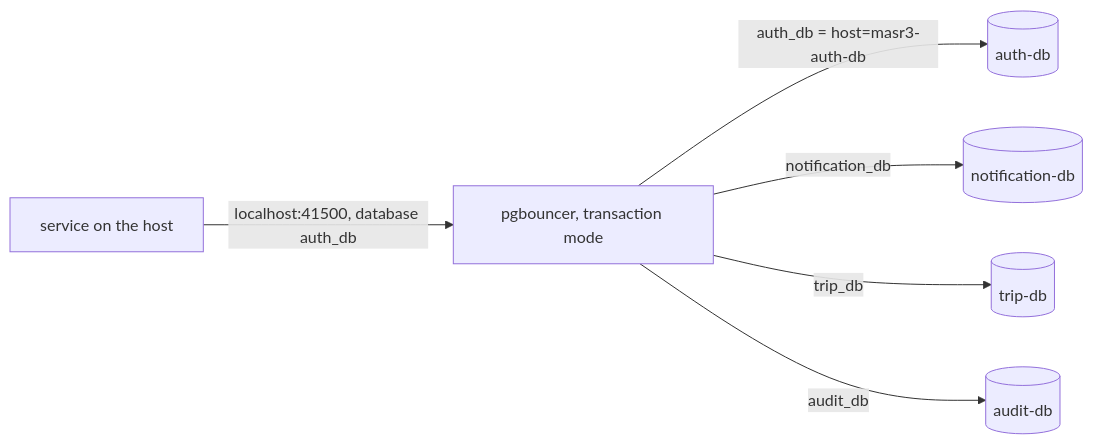
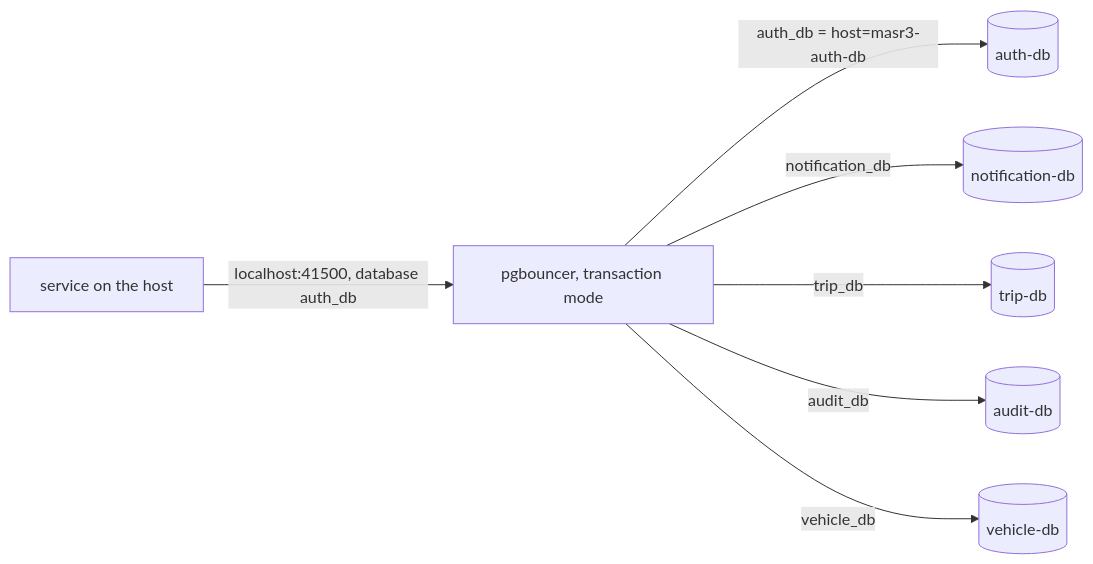
One commit to Mohammed-Taysser/masr3 changed the second of 3 diagrams in docs/infrastructure.md. Above: the diagram before and after it, drawn with Mermaid. The commit also changed other lines of this file and 79 other files, not shown here.

````diff
--- a/docs/infrastructure.md
+++ b/docs/infrastructure.md
@@ -74,8 +78,9 @@
 ```mermaid
 flowchart LR
   app[service on the host] -->|"localhost:41500, database auth_db"| pgb[pgbouncer, transaction mode]
   pgb -->|"auth_db = host=masr3-auth-db"| a[(auth-db)]
   pgb -->|notification_db| n[(notification-db)]
   pgb -->|trip_db| t[(trip-db)]
   pgb -->|audit_db| au[(audit-db)]
+  pgb -->|vehicle_db| v[(vehicle-db)]
 ```
````
